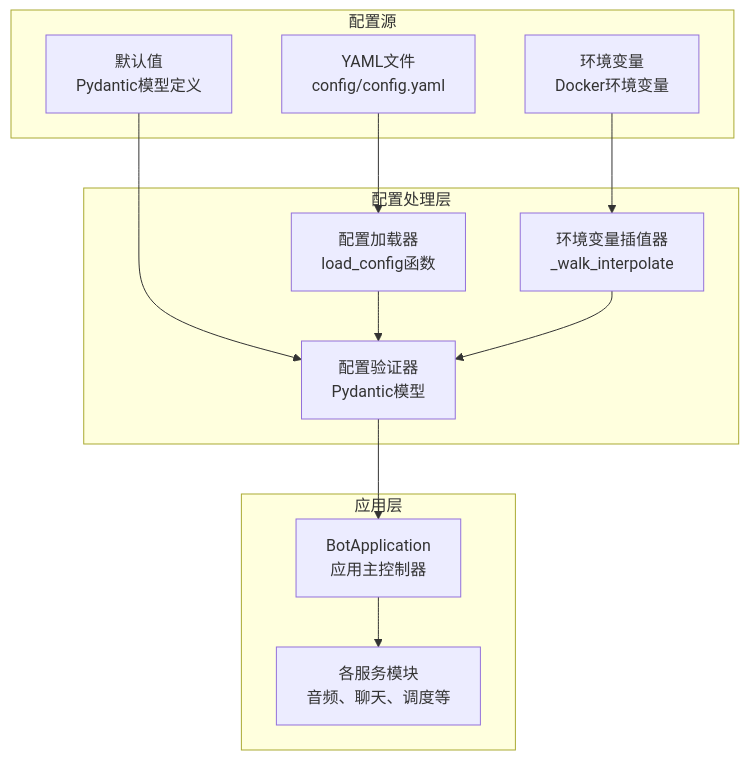
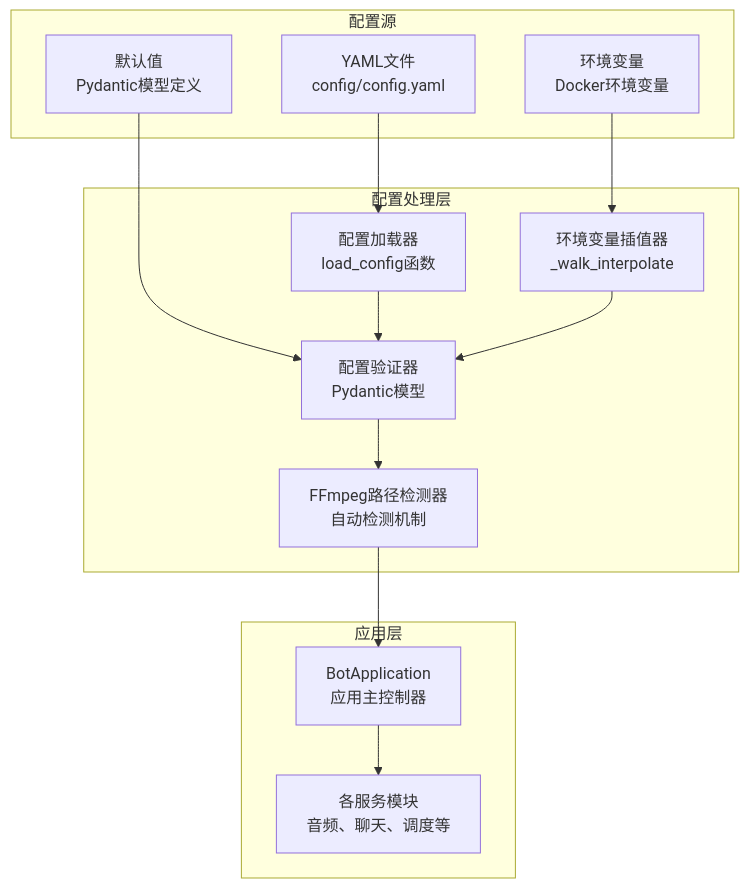
The fourth of 8 diagrams in .qoder/repowiki/zh/content/配置管理.md (GhoulOwl/Teamspeak3_Bot), drawn with Mermaid before and after one commit. The commit also changed other lines of this file and 7 other files, not shown here.

````diff
--- a/.qoder/repowiki/zh/content/配置管理.md
+++ b/.qoder/repowiki/zh/content/配置管理.md
@@ -179,24 +198,26 @@
 ```mermaid
 graph TB
 subgraph "配置源"
 YAML[YAML文件<br/>config/config.yaml]
 ENV[环境变量<br/>Docker环境变量]
 DEFAULT[默认值<br/>Pydantic模型定义]
 end
 subgraph "配置处理层"
 Loader[配置加载器<br/>load_config函数]
 Interpolator[环境变量插值器<br/>_walk_interpolate]
 Validator[配置验证器<br/>Pydantic模型]
+FFmpegDetector[FFmpeg路径检测器<br/>自动检测机制]
 end
 subgraph "应用层"
 App[BotApplication<br/>应用主控制器]
 Services[各服务模块<br/>音频、聊天、调度等]
 end
 YAML --> Loader
 ENV --> Interpolator
 DEFAULT --> Validator
 Loader --> Validator
 Interpolator --> Validator
-Validator --> App
+Validator --> FFmpegDetector
+FFmpegDetector --> App
 App --> Services
 ```
````
